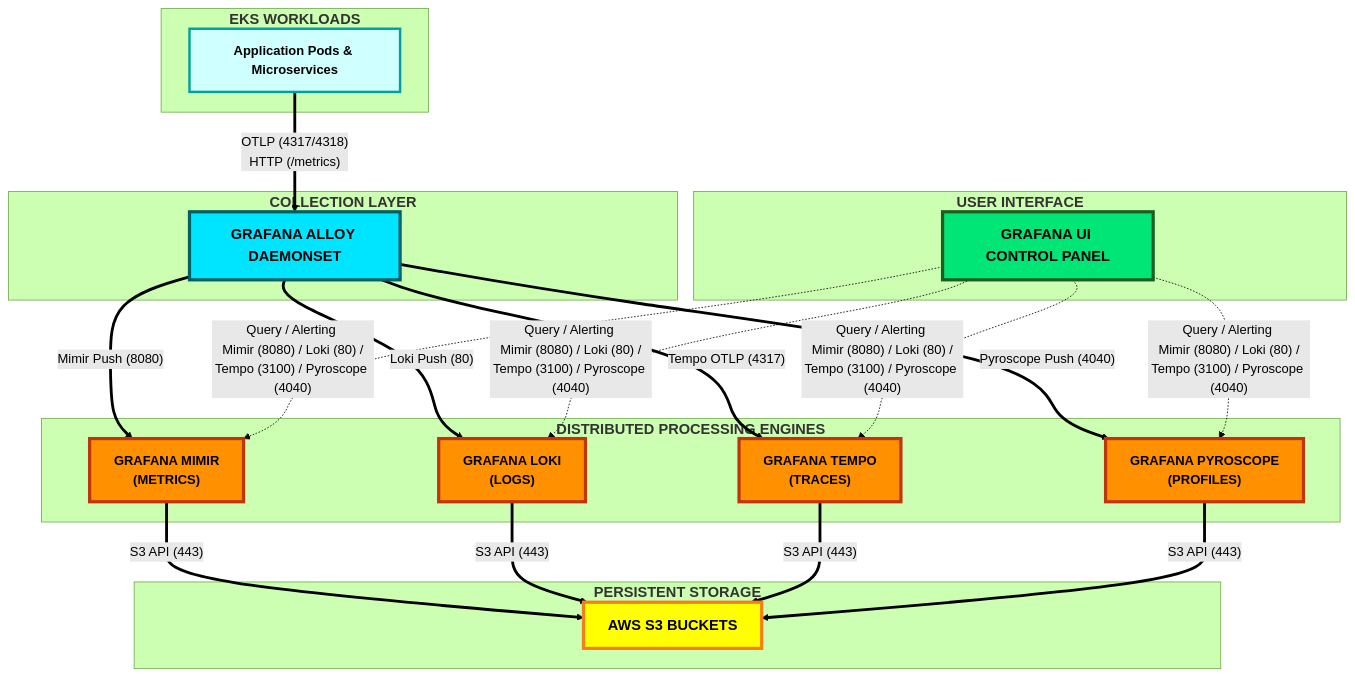
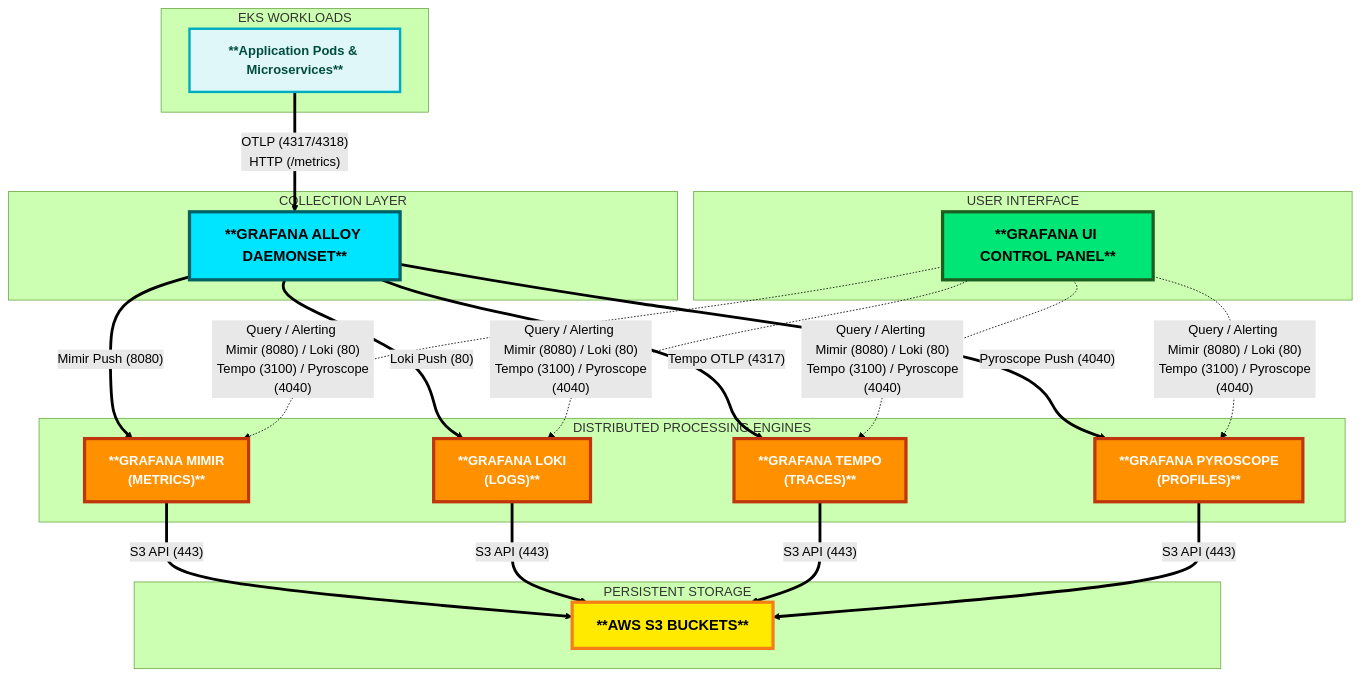
One commit to thakursuraj509/test changed the diagram in README.md. Above: the diagram before and after it, drawn with Mermaid (forest theme). The commit also changed other lines of this file, not shown here.

````diff
--- a/README.md
+++ b/README.md
@@ -47,54 +47,54 @@
 ```mermaid
 graph TD
-    %% Define Highly Visible High-Contrast Bright Colors
-    classDef app fill:#D0FFFF,stroke:#00A0A0,stroke-width:3px;
-    classDef agent fill:#00E5FF,stroke:#006064,stroke-width:4px;
-    classDef backend fill:#FF9100,stroke:#BF360C,stroke-width:4px;
-    classDef storage fill:#FFFF00,stroke:#F57F17,stroke-width:4px;
-    classDef ui fill:#00E676,stroke:#1B5E20,stroke-width:4px;
+    %% Define High-Contrast, Vivid Colors with Overridden Text Styles
+    classDef app fill:#E0F7FA,stroke:#00ACC1,stroke-width:3px,color:#004D40,font-weight:bold,font-size:16px;
+    classDef agent fill:#00E5FF,stroke:#006064,stroke-width:4px,color:#000000,font-weight:bold,font-size:18px;
+    classDef backend fill:#FF9100,stroke:#BF360C,stroke-width:4px,color:#FFFFFF,font-weight:bold,font-size:16px;
+    classDef storage fill:#FFEA00,stroke:#F57F17,stroke-width:4px,color:#000000,font-weight:bold,font-size:18px;
+    classDef ui fill:#00E676,stroke:#1B5E20,stroke-width:4px,color:#000000,font-weight:bold,font-size:18px;
 
     %% --- 1. APPLICATION LAYER ---
-    subgraph AppLayer ["<span style='font-size:18px'><b>EKS WORKLOADS</b></span>"]
-        A["<span style='font-size:16px'><b>Application Pods & Microservices</b></span>"]
+    subgraph AppLayer [EKS WORKLOADS]
+        A["**Application Pods & Microservices**"]
     end
     class A app;
 
     %% --- 2. COLLECTION LAYER ---
-    subgraph CollectionLayer ["<span style='font-size:18px'><b>COLLECTION LAYER</b></span>"]
-        B["<span style='font-size:18px'><b>GRAFANA ALLOY DAEMONSET</b></span>"]
+    subgraph CollectionLayer [COLLECTION LAYER]
+        B["**GRAFANA ALLOY DAEMONSET**"]
     end
     class B agent;
 
     %% --- 3. STORAGE & PROCESSING BACKENDS ---
-    subgraph ProcessingLayer ["<span style='font-size:18px'><b>DISTRIBUTED PROCESSING ENGINES</b></span>"]
-        C["<span style='font-size:16px'><b>GRAFANA MIMIR <br> (METRICS)</b></span>"]
-        D["<span style='font-size:16px'><b>GRAFANA LOKI <br> (LOGS)</b></span>"]
-        E["<span style='font-size:16px'><b>GRAFANA TEMPO <br> (TRACES)</b></span>"]
-        F["<span style='font-size:16px'><b>GRAFANA PYROSCOPE <br> (PROFILES)</b></span>"]
+    subgraph ProcessingLayer [DISTRIBUTED PROCESSING ENGINES]
+        C["**GRAFANA MIMIR\n(METRICS)**"]
+        D["**GRAFANA LOKI\n(LOGS)**"]
+        E["**GRAFANA TEMPO\n(TRACES)**"]
+        F["**GRAFANA PYROSCOPE\n(PROFILES)**"]
     end
     class C,D,E,F backend;
 
     %% --- 4. COLD STORAGE ---
-    subgraph StorageLayer ["<span style='font-size:18px'><b>PERSISTENT STORAGE</b></span>"]
-        G["<span style='font-size:18px'><b>AWS S3 BUCKETS</b></span>"]
+    subgraph StorageLayer [PERSISTENT STORAGE]
+        G["**AWS S3 BUCKETS**"]
     end
     class G storage;
 
     %% --- 5. VISUALIZATION LAYER ---
-    subgraph VisualizationLayer ["<span style='font-size:18px'><b>USER INTERFACE</b></span>"]
-        H["<span style='font-size:18px'><b>GRAFANA UI CONTROL PANEL</b></span>"]
+    subgraph VisualizationLayer [USER INTERFACE]
+        H["**GRAFANA UI CONTROL PANEL**"]
     end
     class H ui;
 
     %% --- PIPELINE CONNECTIONS (FLOW) ---
-    A == "OTLP (4317/4318) <br> HTTP (/metrics)" ==> B
+    A == "OTLP (4317/4318) \n HTTP (/metrics)" ==> B
     
     B == "Mimir Push (8080)" ==> C
     B == "Loki Push (80)" ==> D
     B == "Tempo OTLP (4317)" ==> E
     B == "Pyroscope Push (4040)" ==> F
     
     C & D & E & F == "S3 API (443)" ==> G
     
-    H -. "Query / Alerting <br> Mimir (8080) / Loki (80) / Tempo (3100) / Pyroscope (4040)" .-> C & D & E & F
+    H -. "Query / Alerting \n Mimir (8080) / Loki (80) \n Tempo (3100) / Pyroscope (4040)" .-> C & D & E & F
 ```
````
